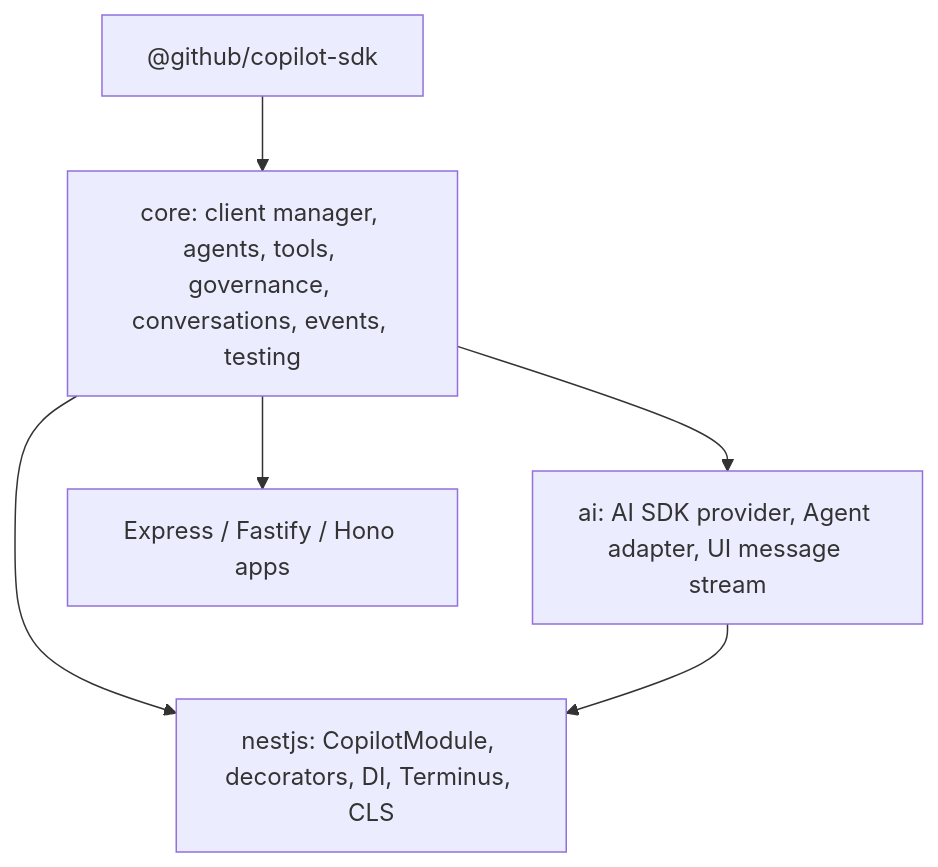
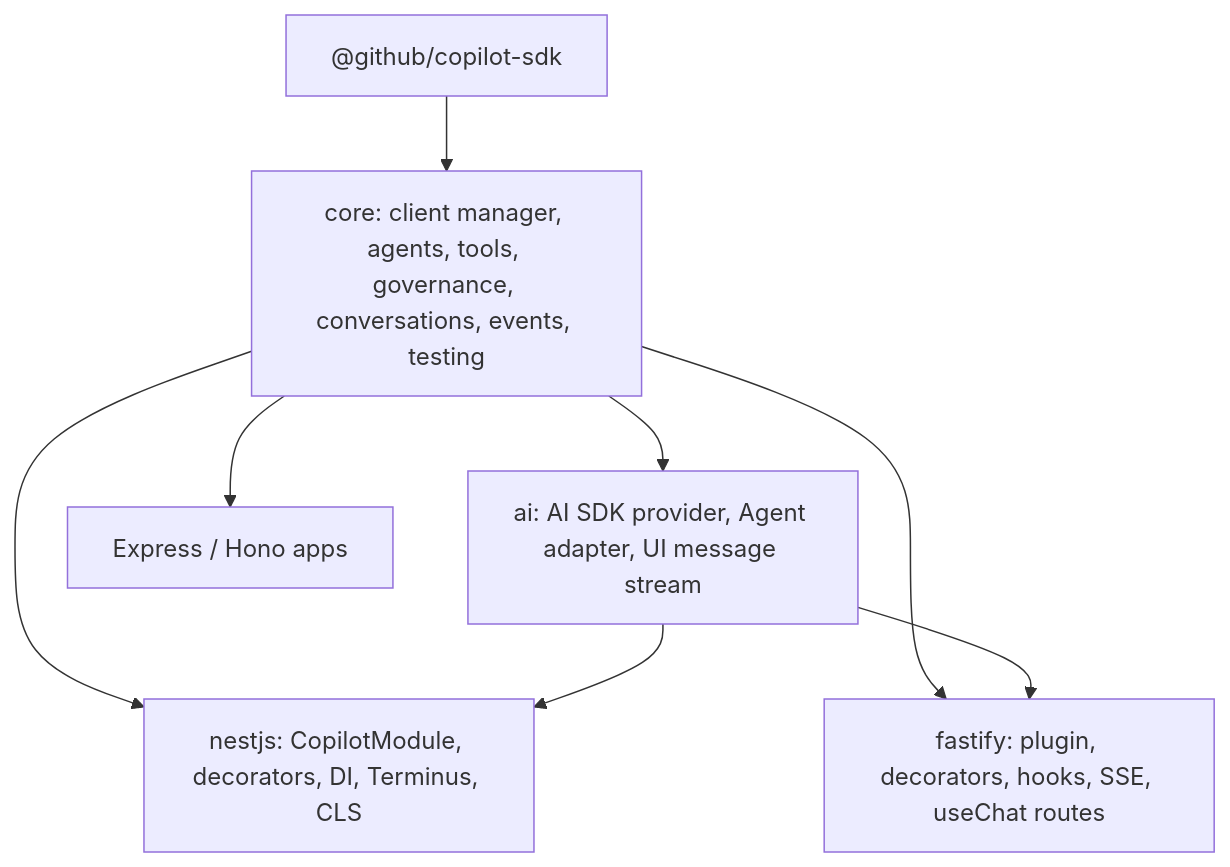
One commit to brunoborges/copilot-sdk-integrations changed the diagram in nodejs/DESIGN.md. Above: the diagram before and after it, drawn with Mermaid. The commit also changed other lines of this file and 26 other files, not shown here.

````diff
--- a/nodejs/DESIGN.md
+++ b/nodejs/DESIGN.md
@@ -60,14 +60,17 @@
 ```mermaid
 flowchart TB
   SDK["@github/copilot-sdk"]
   Core["core: client manager, agents, tools, governance, conversations, events, testing"]
   AI["ai: AI SDK provider, Agent adapter, UI message stream"]
   Nest["nestjs: CopilotModule, decorators, DI, Terminus, CLS"]
-  Apps["Express / Fastify / Hono apps"]
+  Fastify["fastify: plugin, decorators, hooks, SSE, useChat routes"]
+  Apps["Express / Hono apps"]
 
   SDK --> Core
   Core --> AI
   Core --> Nest
   AI --> Nest
+  Core --> Fastify
+  AI --> Fastify
   Core --> Apps
 ```
````
